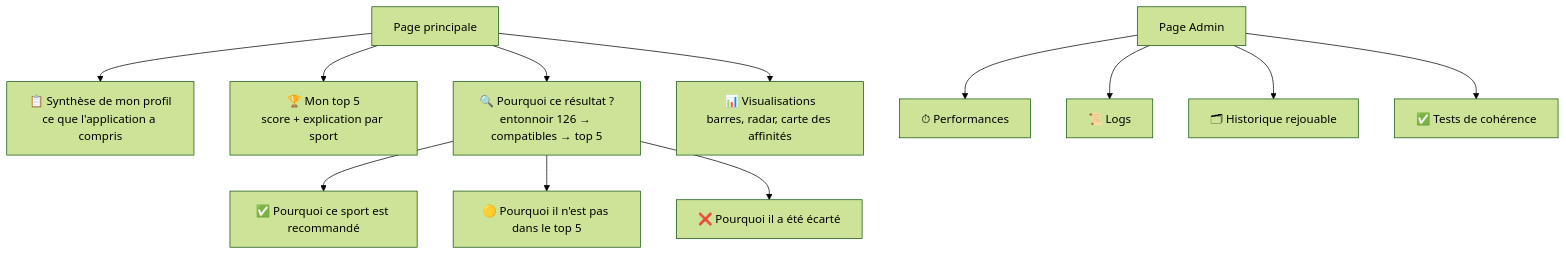
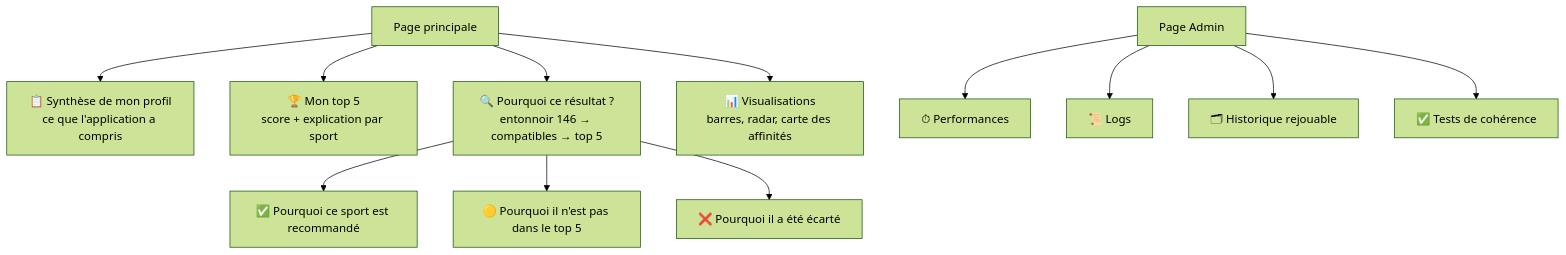
Before and after one commit to AntoineLal/ECE-Projet-NLP: the third of 6 diagrams in README.md, drawn with Mermaid (forest theme). The commit also changed other lines of this file and 10 other files, not shown here.

````diff
--- a/README.md
+++ b/README.md
@@ -106,14 +106,14 @@
 ```mermaid
 flowchart TB
     P["Page principale"] --> S["📋 Synthèse de mon profil<br/>ce que l'application a compris"]
     P --> T["🏆 Mon top 5<br/>score + explication par sport"]
-    P --> W["🔍 Pourquoi ce résultat ?<br/>entonnoir 126 → compatibles → top 5"]
+    P --> W["🔍 Pourquoi ce résultat ?<br/>entonnoir 146 → compatibles → top 5"]
     P --> V["📊 Visualisations<br/>barres, radar, carte des affinités"]
     W --> W1["✅ Pourquoi ce sport est recommandé"]
     W --> W2["🟡 Pourquoi il n'est pas dans le top 5"]
     W --> W3["❌ Pourquoi il a été écarté"]
     A["Page Admin"] --> A1["⏱ Performances"]
     A --> A2["📜 Logs"]
     A --> A3["🗂 Historique rejouable"]
     A --> A4["✅ Tests de cohérence"]
 ```
````
